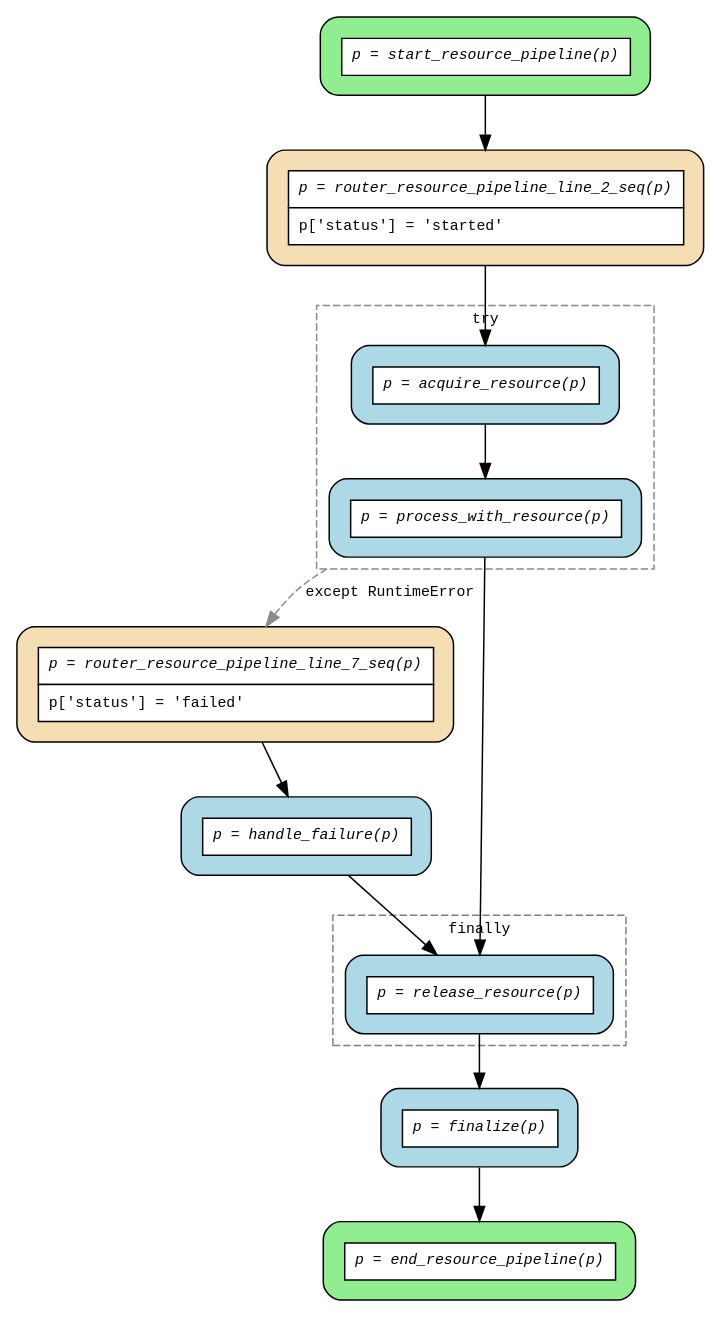
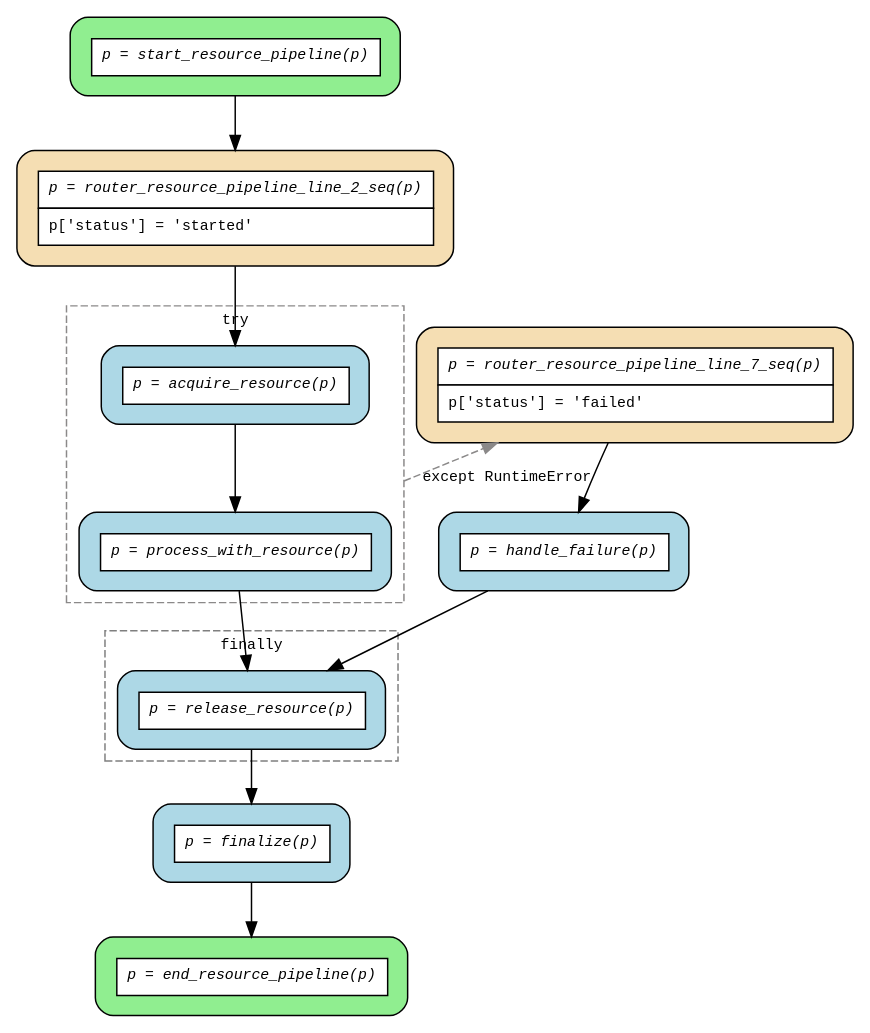
The diagram in examples/flows/compiled/try_except_finally/flow.dot (deliveryhero/asya), drawn with Graphviz before and after one commit. The commit also changed 71 other files, not shown here.

```diff
--- a/examples/flows/compiled/try_except_finally/flow.dot
+++ b/examples/flows/compiled/try_except_finally/flow.dot
@@ -1,41 +1,41 @@
 digraph flow {
   rankdir=TB;
   compound=true;
   graph [fontname="Courier", fontsize=10];
   node [fontname="Courier", fontsize=10, shape=box, style="filled,rounded", margin="0.2"];
   edge [fontname="Courier", fontsize=10];
 
-  start_resource_pipeline [fillcolor="lightgreen", label=<<table border="0" cellspacing="0" cellpadding="6" cellborder="1"><tr><td bgcolor="white" align="center"><i>p = start_resource_pipeline(p)</i></td></tr></table>>];
-  router_resource_pipeline_line_7_seq [fillcolor="wheat", label=<<table border="0" cellspacing="0" cellpadding="6" cellborder="1"><tr><td bgcolor="white" align="center"><i>p = router_resource_pipeline_line_7_seq(p)</i></td></tr><tr><td bgcolor="white" align="left">p['status'] = 'failed'</td></tr></table>>];
-  router_resource_pipeline_line_2_seq [fillcolor="wheat", label=<<table border="0" cellspacing="0" cellpadding="6" cellborder="1"><tr><td bgcolor="white" align="center"><i>p = router_resource_pipeline_line_2_seq(p)</i></td></tr><tr><td bgcolor="white" align="left">p['status'] = 'started'</td></tr></table>>];
-  end_resource_pipeline [fillcolor="lightgreen", label=<<table border="0" cellspacing="0" cellpadding="6" cellborder="1"><tr><td bgcolor="white" align="center"><i>p = end_resource_pipeline(p)</i></td></tr></table>>];
+  start_resource_pipeline [fillcolor="lightgreen", group="main", label=<<table border="0" cellspacing="0" cellpadding="6" cellborder="1"><tr><td bgcolor="white" align="center"><i>p = start_resource_pipeline(p)</i></td></tr></table>>];
+  router_resource_pipeline_line_7_seq [fillcolor="wheat", group="main", label=<<table border="0" cellspacing="0" cellpadding="6" cellborder="1"><tr><td bgcolor="white" align="center"><i>p = router_resource_pipeline_line_7_seq(p)</i></td></tr><tr><td bgcolor="white" align="left">p['status'] = 'failed'</td></tr></table>>];
+  router_resource_pipeline_line_2_seq [fillcolor="wheat", group="main", label=<<table border="0" cellspacing="0" cellpadding="6" cellborder="1"><tr><td bgcolor="white" align="center"><i>p = router_resource_pipeline_line_2_seq(p)</i></td></tr><tr><td bgcolor="white" align="left">p['status'] = 'started'</td></tr></table>>];
+  end_resource_pipeline [fillcolor="lightgreen", group="main", label=<<table border="0" cellspacing="0" cellpadding="6" cellborder="1"><tr><td bgcolor="white" align="center"><i>p = end_resource_pipeline(p)</i></td></tr></table>>];
   finalize [fillcolor="lightblue", label=<<table border="0" cellspacing="0" cellpadding="6" cellborder="1"><tr><td bgcolor="white" align="center"><i>p = finalize(p)</i></td></tr></table>>];
   handle_failure [fillcolor="lightblue", label=<<table border="0" cellspacing="0" cellpadding="6" cellborder="1"><tr><td bgcolor="white" align="center"><i>p = handle_failure(p)</i></td></tr></table>>];
   subgraph cluster_try_0 {
     style=dashed;
     color="snow4";
     fontname="Courier";
     fontsize=10;
     label="try";
     acquire_resource [fillcolor="lightblue", label=<<table border="0" cellspacing="0" cellpadding="6" cellborder="1"><tr><td bgcolor="white" align="center"><i>p = acquire_resource(p)</i></td></tr></table>>];
     process_with_resource [fillcolor="lightblue", label=<<table border="0" cellspacing="0" cellpadding="6" cellborder="1"><tr><td bgcolor="white" align="center"><i>p = process_with_resource(p)</i></td></tr></table>>];
   }
   subgraph cluster_finally_0 {
     style=dashed;
     color="gray50";
     fontname="Courier";
     fontsize=10;
     label="finally";
     release_resource [fillcolor="lightblue", label=<<table border="0" cellspacing="0" cellpadding="6" cellborder="1"><tr><td bgcolor="white" align="center"><i>p = release_resource(p)</i></td></tr></table>>];
   }
 
   acquire_resource -> process_with_resource;
   finalize -> end_resource_pipeline;
   handle_failure -> release_resource;
   process_with_resource -> release_resource;
-  process_with_resource -> router_resource_pipeline_line_7_seq [ltail=cluster_try_0, color=snow4, style=dashed, label="except RuntimeError"];
+  process_with_resource -> router_resource_pipeline_line_7_seq [ltail=cluster_try_0, color=snow4, style=dashed, label="except RuntimeError", constraint=false];
   release_resource -> finalize;
   router_resource_pipeline_line_2_seq -> acquire_resource;
   router_resource_pipeline_line_7_seq -> handle_failure;
   start_resource_pipeline -> router_resource_pipeline_line_2_seq;
 }
```
